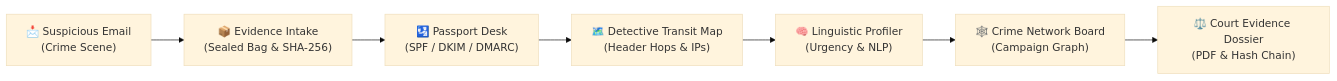
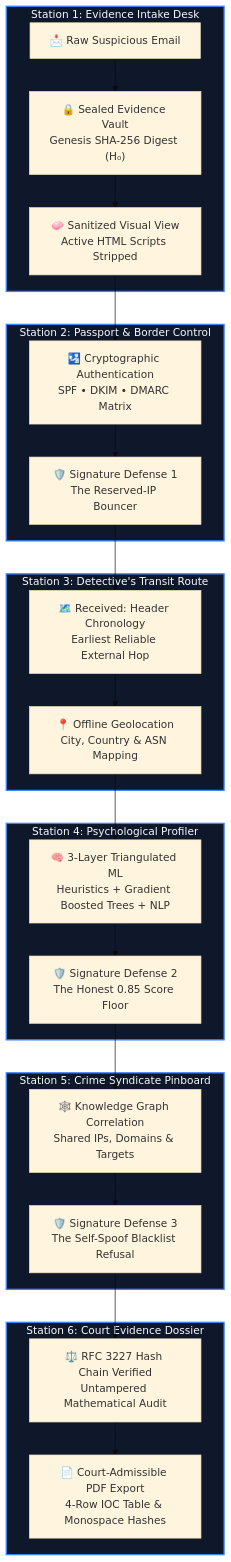
One commit to Parth-tab/SENTRY-AI-Powered-Email-Threat-Detection changed the first of 2 diagrams in docs/onboarding/03-HOW-IT-WORKS.md. Above: the diagram before and after it, drawn with Mermaid (base theme). The commit also changed other lines of this file and 3 other files, not shown here.

````diff
--- a/docs/onboarding/03-HOW-IT-WORKS.md
+++ b/docs/onboarding/03-HOW-IT-WORKS.md
@@ -11,9 +11,35 @@
 ```mermaid
-flowchart LR
-    A["📩 Suspicious Email<br/>(Crime Scene)"] --> B["📦 Evidence Intake<br/>(Sealed Bag & SHA-256)"]
-    B --> C["🛂 Passport Desk<br/>(SPF / DKIM / DMARC)"]
-    C --> D["🗺️ Detective Transit Map<br/>(Header Hops & IPs)"]
-    D --> E["🧠 Linguistic Profiler<br/>(Urgency & NLP)"]
-    E --> F["🕸️ Crime Network Board<br/>(Campaign Graph)"]
-    F --> G["⚖️ Court Evidence Dossier<br/>(PDF & Hash Chain)"]
+flowchart TD
+    subgraph S1["Station 1: Evidence Intake Desk"]
+        A["📩 Raw Suspicious Email"] --> B["🔒 Sealed Evidence Vault<br/>Genesis SHA-256 Digest (H₀)"]
+        B --> C["🧼 Sanitized Visual View<br/>Active HTML Scripts Stripped"]
+    end
+
+    subgraph S2["Station 2: Passport & Border Control"]
+        C --> D["🛂 Cryptographic Authentication<br/>SPF • DKIM • DMARC Matrix"]
+        D --> E["🛡️ Signature Defense 1<br/>The Reserved-IP Bouncer"]
+    end
+
+    subgraph S3["Station 3: Detective's Transit Route"]
+        E --> F["🗺️ Received: Header Chronology<br/>Earliest Reliable External Hop"]
+        F --> G["📍 Offline Geolocation<br/>City, Country & ASN Mapping"]
+    end
+
+    subgraph S4["Station 4: Psychological Profiler"]
+        G --> H["🧠 3-Layer Triangulated ML<br/>Heuristics + Gradient Boosted Trees + NLP"]
+        H --> I["🛡️ Signature Defense 2<br/>The Honest 0.85 Score Floor"]
+    end
+
+    subgraph S5["Station 5: Crime Syndicate Pinboard"]
+        I --> J["🕸️ Knowledge Graph Correlation<br/>Shared IPs, Domains & Targets"]
+        J --> K["🛡️ Signature Defense 3<br/>The Self-Spoof Blacklist Refusal"]
+    end
+
+    subgraph S6["Station 6: Court Evidence Dossier"]
+        K --> L["⚖️ RFC 3227 Hash Chain Verified<br/>Untampered Mathematical Audit"]
+        L --> M["📄 Court-Admissible PDF Export<br/>4-Row IOC Table & Monospace Hashes"]
+    end
+
+    classDef stationBox fill:#0f172a,stroke:#3b82f6,stroke-width:2px,color:#f8fafc;
+    class S1,S2,S3,S4,S5,S6 stationBox;
 ```
````
